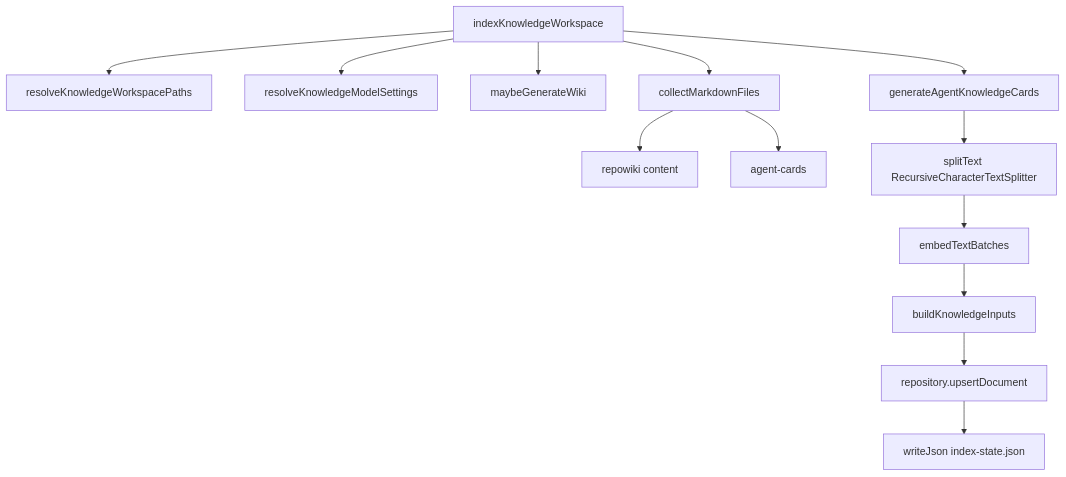
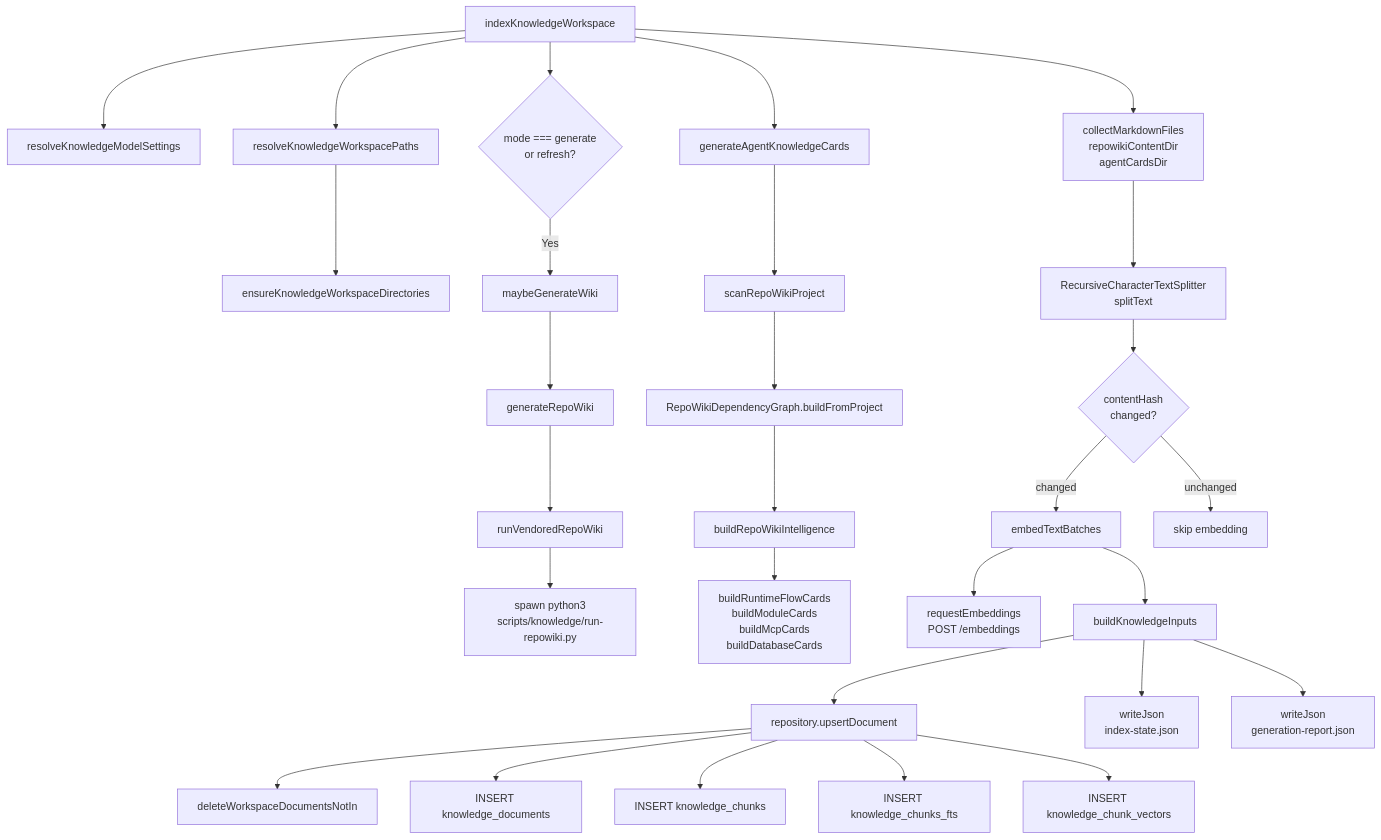
Before and after one commit to lst016/tech-cc-hub: the first of 2 diagrams in .tech/repowiki/zh/content/核心模块规格/知识库后端引擎总览/知识索引与向量写入.md, drawn with Mermaid. The commit also changed other lines of this file and 195 other files, not shown here.

Commit message:
feat: deepen repowiki generation

````diff
--- a/.tech/repowiki/zh/content/核心模块规格/知识库后端引擎总览/知识索引与向量写入.md
+++ b/.tech/repowiki/zh/content/核心模块规格/知识库后端引擎总览/知识索引与向量写入.md
@@ -62,15 +69,39 @@
 ```mermaid
 flowchart TD
-    A[indexKnowledgeWorkspace] --> B[resolveKnowledgeWorkspacePaths]
-    A --> C[resolveKnowledgeModelSettings]
-    A --> D[maybeGenerateWiki]
-    A --> E[generateAgentKnowledgeCards]
-    A --> F[collectMarkdownFiles]
-    F --> F1[repowiki content]
-    F --> F2[agent-cards]
-    E --> G[splitText RecursiveCharacterTextSplitter]
-    G --> H[embedTextBatches]
-    H --> I[buildKnowledgeInputs]
-    I --> J[repository.upsertDocument]
-    J --> K[writeJson index-state.json]
+    A[indexKnowledgeWorkspace] --> B[resolveKnowledgeModelSettings]
+    A --> C[resolveKnowledgeWorkspacePaths]
+    C --> D[ensureKnowledgeWorkspaceDirectories]
+
+    A --> E{mode === generate<br/>or refresh?}
+    E -->|Yes| F[maybeGenerateWiki]
+    F --> F1[generateRepoWiki]
+    F1 --> F2[runVendoredRepoWiki]
+    F2 --> F3[spawn python3<br/>scripts/knowledge/run-repowiki.py]
+
+    A --> G[generateAgentKnowledgeCards]
+    G --> G1[scanRepoWikiProject]
+    G1 --> G2[RepoWikiDependencyGraph.buildFromProject]
+    G2 --> G3[buildRepoWikiIntelligence]
+    G3 --> G4[buildRuntimeFlowCards<br/>buildModuleCards<br/>buildMcpCards<br/>buildDatabaseCards]
+
+    A --> H[collectMarkdownFiles<br/>repowikiContentDir<br/>agentCardsDir]
+
+    H --> I[RecursiveCharacterTextSplitter<br/>splitText]
+
+    I --> J{contentHash<br/>changed?}
+    J -->|changed| K[embedTextBatches]
+    K --> K1[requestEmbeddings<br/>POST /embeddings]
+
+    K --> L[buildKnowledgeInputs]
+    L --> L1[repository.upsertDocument]
+    L1 --> L2[deleteWorkspaceDocumentsNotIn]
+    L1 --> L3[INSERT knowledge_documents]
+    L1 --> L4[INSERT knowledge_chunks]
+    L1 --> L5[INSERT knowledge_chunks_fts]
+    L1 --> L6[INSERT knowledge_chunk_vectors]
+
+    J -->|unchanged| M[skip embedding]
+
+    L --> N[writeJson<br/>index-state.json]
+    L --> O[writeJson<br/>generation-report.json]
 ```
````
